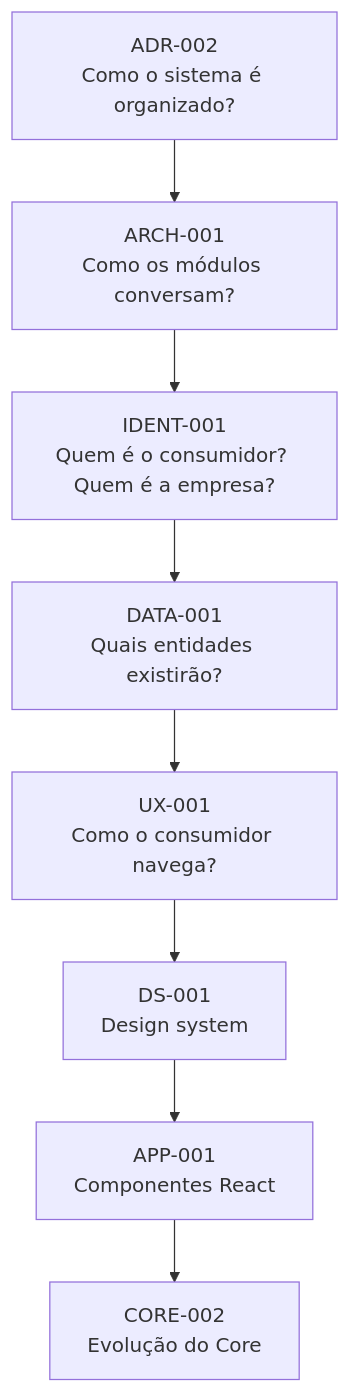
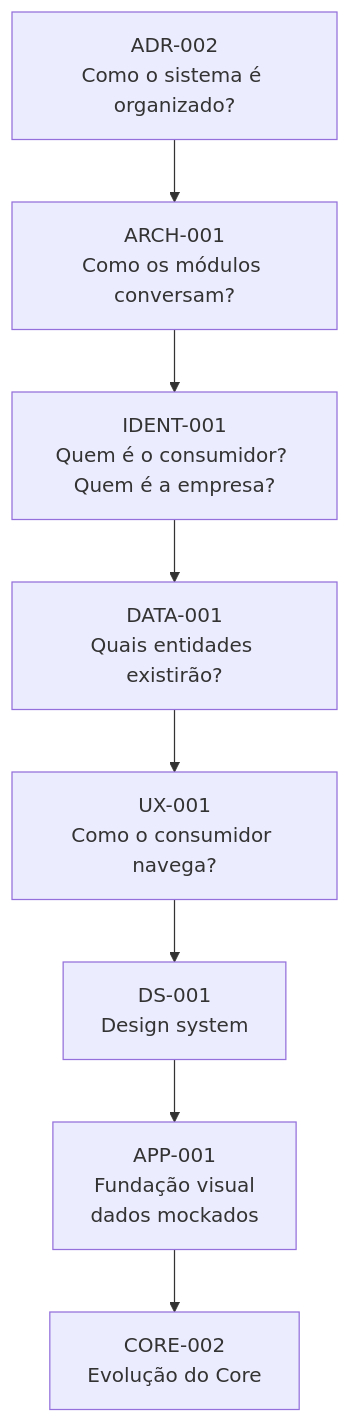
One commit to BrightEcosystem/Bright-Platform changed the diagram in PROJECT-ROADMAP.md. Above: the diagram before and after it, drawn with Mermaid. The commit also changed other lines of this file and 51 other files, not shown here.

First line of the commit message:
feat: fundação visual do Aplicativo do Consumidor (APP-001)

````diff
--- a/PROJECT-ROADMAP.md
+++ b/PROJECT-ROADMAP.md
@@ -31,10 +31,10 @@
 ```mermaid
 graph TD
     ADR002[ADR-002<br/>Como o sistema é organizado?] --> ARCH001[ARCH-001<br/>Como os módulos conversam?]
     ARCH001 --> IDENT001[IDENT-001<br/>Quem é o consumidor? Quem é a empresa?]
     IDENT001 --> DATA001[DATA-001<br/>Quais entidades existirão?]
     DATA001 --> UX001[UX-001<br/>Como o consumidor navega?]
     UX001 --> DS001[DS-001<br/>Design system]
-    DS001 --> APP001[APP-001<br/>Componentes React]
+    DS001 --> APP001[APP-001<br/>Fundação visual<br/>dados mockados]
     APP001 --> CORE002[CORE-002<br/>Evolução do Core]
 ```
````
